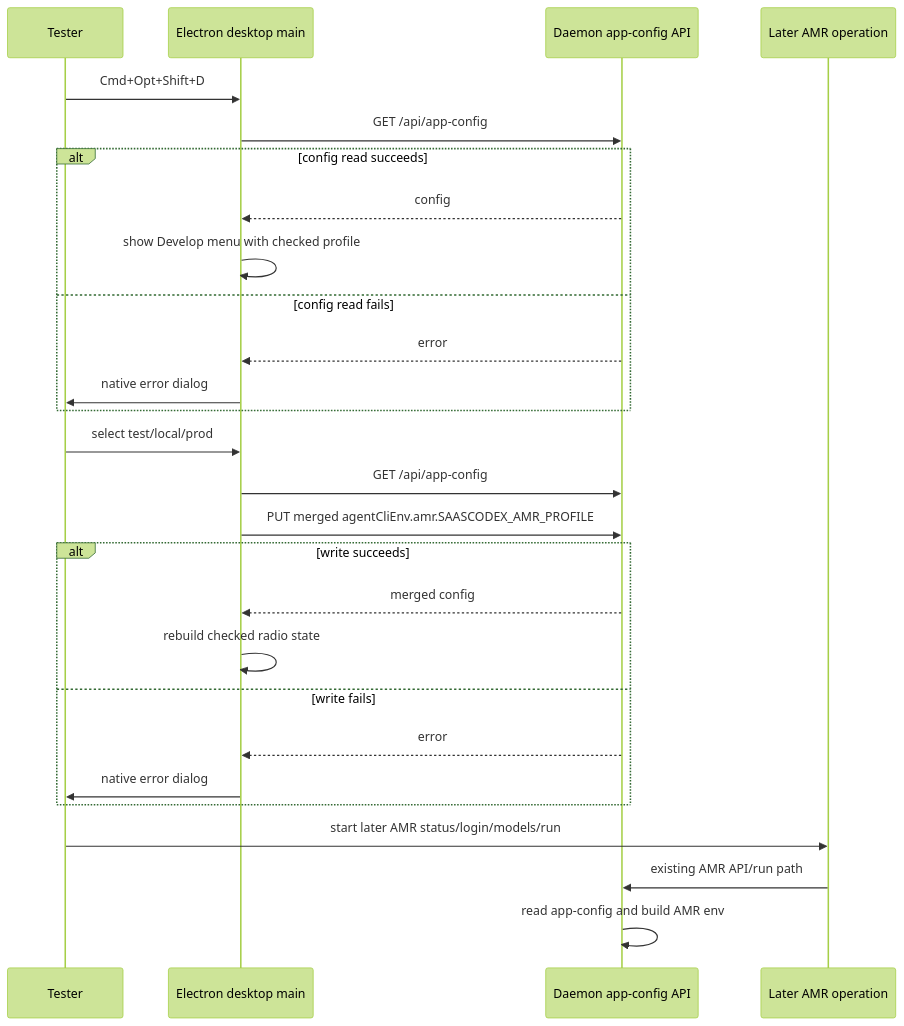
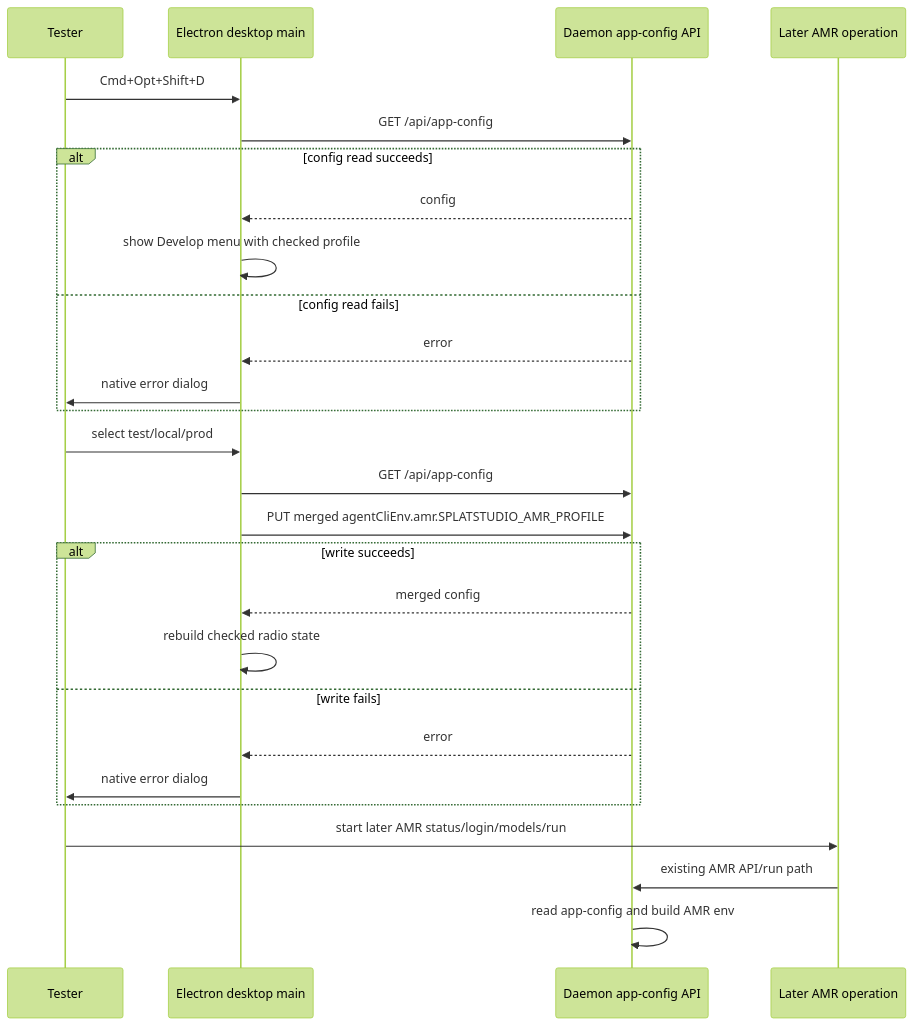
One commit to aurora-ember-bio-lab/saascodex changed the diagram in specs/change/20260608-hidden-packaged-amr-profile-menu/spec.md. Above: the diagram before and after it, drawn with Mermaid (forest theme). The commit also changed other lines of this file and 6196 other files, not shown here.

````diff
--- a/specs/change/20260608-hidden-packaged-amr-profile-menu/spec.md
+++ b/specs/change/20260608-hidden-packaged-amr-profile-menu/spec.md
@@ -288,32 +288,32 @@
 ```mermaid
 sequenceDiagram
   participant Tester
   participant Desktop as Electron desktop main
   participant Daemon as Daemon app-config API
   participant AMR as Later AMR operation
 
   Tester->>Desktop: Cmd+Opt+Shift+D
   Desktop->>Daemon: GET /api/app-config
   alt config read succeeds
     Daemon-->>Desktop: config
     Desktop->>Desktop: show Develop menu with checked profile
   else config read fails
     Daemon-->>Desktop: error
     Desktop->>Tester: native error dialog
   end
 
   Tester->>Desktop: select test/local/prod
   Desktop->>Daemon: GET /api/app-config
-  Desktop->>Daemon: PUT merged agentCliEnv.amr.SAASCODEX_AMR_PROFILE
+  Desktop->>Daemon: PUT merged agentCliEnv.amr.SPLATSTUDIO_AMR_PROFILE
   alt write succeeds
     Daemon-->>Desktop: merged config
     Desktop->>Desktop: rebuild checked radio state
   else write fails
     Daemon-->>Desktop: error
     Desktop->>Tester: native error dialog
   end
 
   Tester->>AMR: start later AMR status/login/models/run
   AMR->>Daemon: existing AMR API/run path
   Daemon->>Daemon: read app-config and build AMR env
 ```
````
